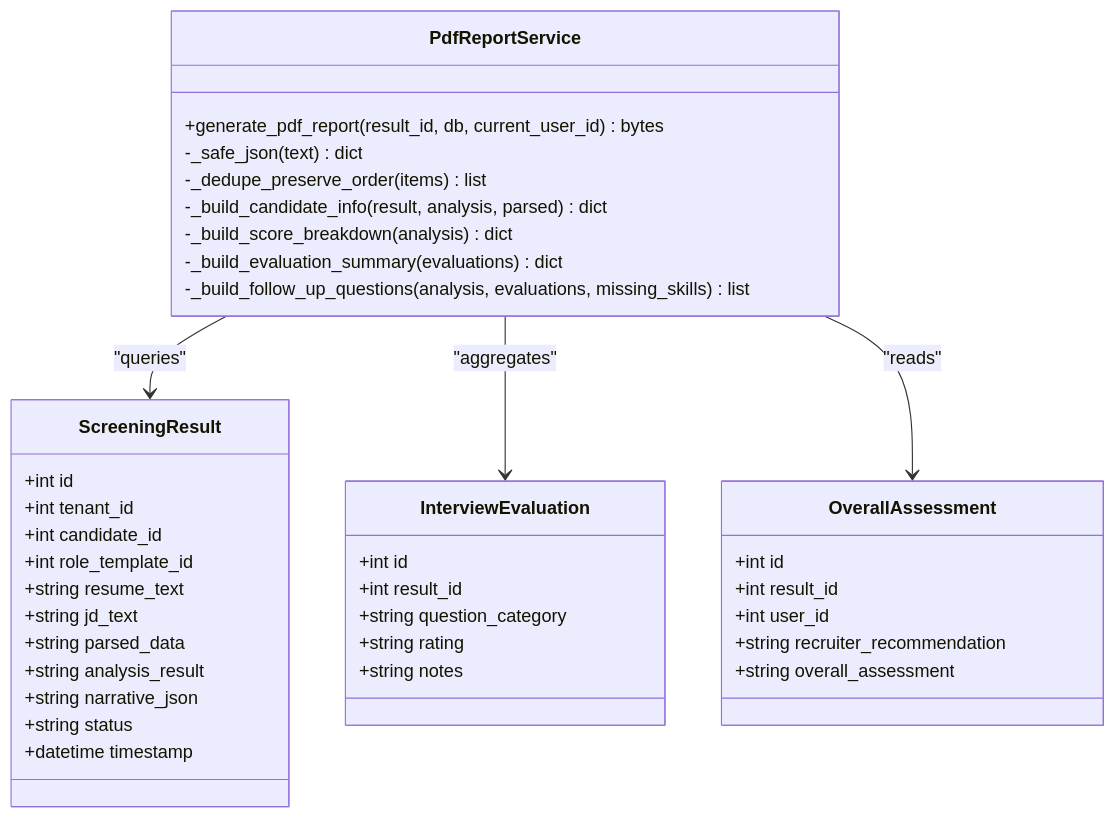
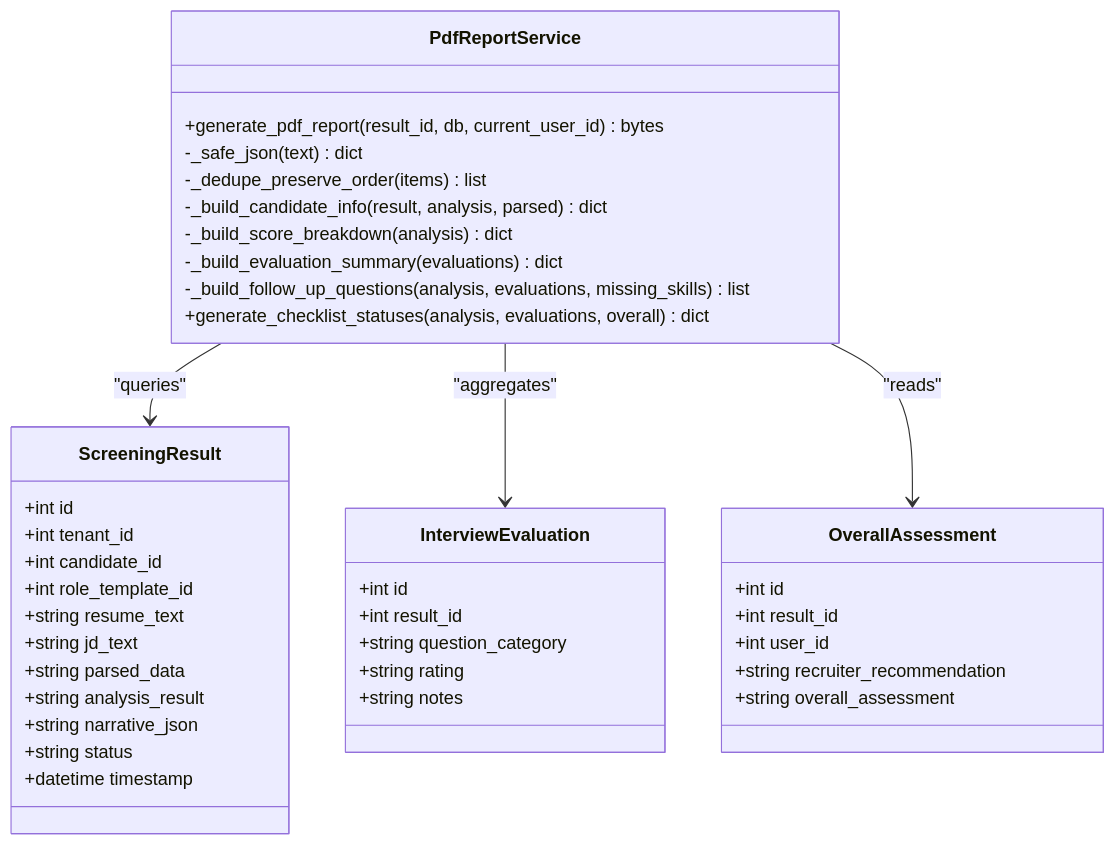
Before and after one commit to Revanththetalogics/aireume: the second of 11 diagrams in .qoder/repowiki/en/content/Reporting & Analytics/PDF Reporting and Document Processing.md, drawn with Mermaid. The commit also changed other lines of this file and 61 other files, not shown here.

````diff
--- a/.qoder/repowiki/en/content/Reporting & Analytics/PDF Reporting and Document Processing.md
+++ b/.qoder/repowiki/en/content/Reporting & Analytics/PDF Reporting and Document Processing.md
@@ -100,42 +110,43 @@
 ```mermaid
 classDiagram
 class PdfReportService {
 +generate_pdf_report(result_id, db, current_user_id) bytes
 -_safe_json(text) dict
 -_dedupe_preserve_order(items) list
 -_build_candidate_info(result, analysis, parsed) dict
 -_build_score_breakdown(analysis) dict
 -_build_evaluation_summary(evaluations) dict
 -_build_follow_up_questions(analysis, evaluations, missing_skills) list
++generate_checklist_statuses(analysis, evaluations, overall) dict
 }
 class ScreeningResult {
 +int id
 +int tenant_id
 +int candidate_id
 +int role_template_id
 +string resume_text
 +string jd_text
 +string parsed_data
 +string analysis_result
 +string narrative_json
 +string status
 +datetime timestamp
 }
 class InterviewEvaluation {
 +int id
 +int result_id
 +string question_category
 +string rating
 +string notes
 }
 class OverallAssessment {
 +int id
 +int result_id
 +int user_id
 +string recruiter_recommendation
 +string overall_assessment
 }
 PdfReportService --> ScreeningResult : "queries"
 PdfReportService --> InterviewEvaluation : "aggregates"
 PdfReportService --> OverallAssessment : "reads"
 ```
````
